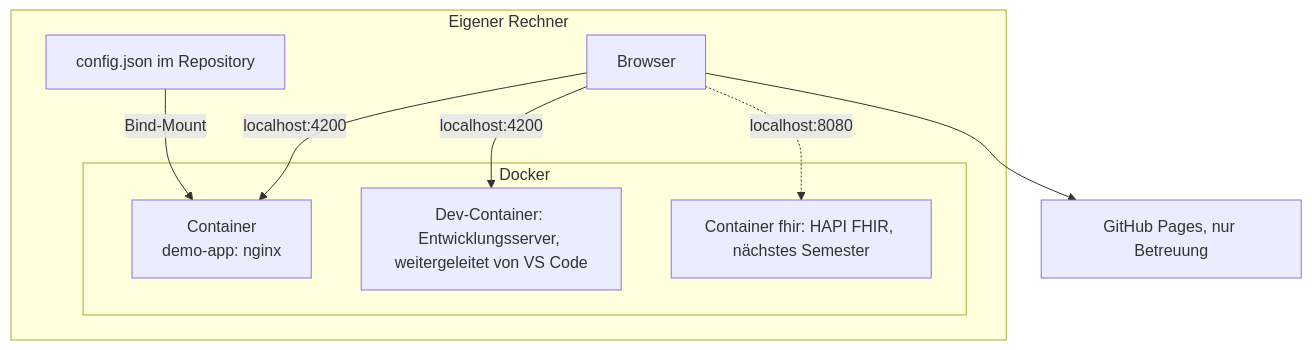
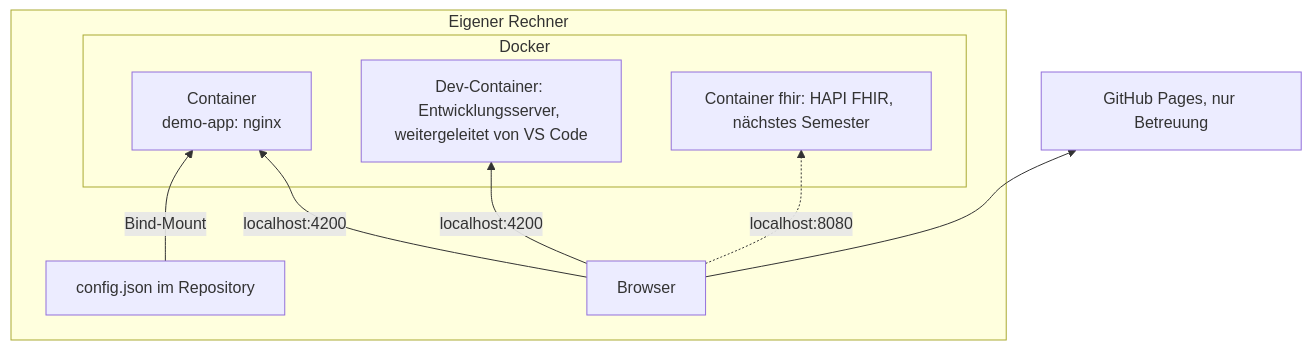
The diagram in docs/architektur/07-verteilungssicht.md (forschungsgruppe-digital-health/angular-fhir-vitals), drawn with Mermaid before and after one commit. The commit also changed 1 other file, not shown here.

Commit message:
Keep GitHub's zoom buttons off the diagrams in chapters 3 and 7
- GitHub draws its zoom and pan buttons over the bottom-right corner
  of every Mermaid diagram. They hid part of the HAPI FHIR node in
  chapter 3 and of the GitHub Pages node in chapter 7
- Draw chapter 3 top-down and break its edge labels at fixed points,
  so "GET metadata" stays on one line
- Draw chapter 7 bottom-up, which moves GitHub Pages to the top. No
  top-down or left-to-right layout keeps the corner free
- Break the browser label in chapter 3 before "und fhir-vitals", so
  the VS Code preview no longer splits fhir-vitals at its hyphen

````diff
--- a/docs/architektur/07-verteilungssicht.md
+++ b/docs/architektur/07-verteilungssicht.md
@@ -12,20 +12,20 @@
 ```mermaid
-flowchart TB
+flowchart BT
   accTitle: Wo Demo-App und HAPI FHIR laufen
   accDescr: Der Browser auf dem eigenen Rechner lädt die Demo-App unter localhost:4200. Sie kommt entweder von nginx im Container demo-app oder vom Entwicklungsserver im Dev-Container, den VS Code weiterleitet. Der Container demo-app liest config.json als Bind-Mount aus dem Repository. Die FHIR-Anfragen schickt der Browser an localhost:8080. Dort antwortet erst im nächsten Semester HAPI FHIR. GitHub Pages betrifft nur die Betreuung.
   subgraph Host["Eigener Rechner"]
     Browser["Browser"]
     Config["config.json im Repository"]
     subgraph Docker["Docker"]
       Nginx["Container<br>demo-app: nginx"]
       DevServer["Dev-Container: Entwicklungsserver, weitergeleitet von VS Code"]
       Hapi["Container fhir: HAPI FHIR, nächstes Semester"]
     end
   end
   Pages["GitHub Pages, nur Betreuung"]
   Browser -- "localhost:4200" --> Nginx
   Browser -- "localhost:4200" --> DevServer
   Browser -. "localhost:8080" .-> Hapi
   Config -- "Bind-Mount" --> Nginx
   Browser --> Pages
 ```
````
